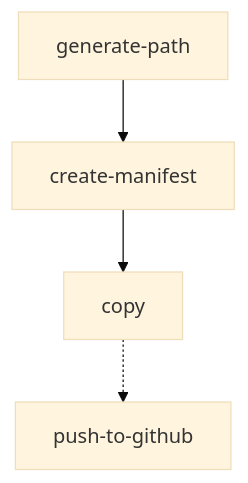
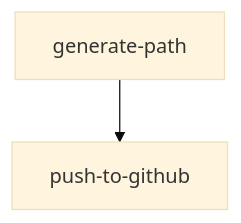
The third of 3 diagrams in workflows/raster/README.md (linz/topo-workflows), drawn with Mermaid (base theme) before and after one commit. The commit also changed other lines of this file and 2 other files, not shown here.

````diff
--- a/workflows/raster/README.md
+++ b/workflows/raster/README.md
@@ -246,4 +246,4 @@
 ```mermaid
 graph TD;
-  generate-path-->create-manifest-->copy-.->push-to-github;
+  generate-path-->push-to-github;
 ```
````
